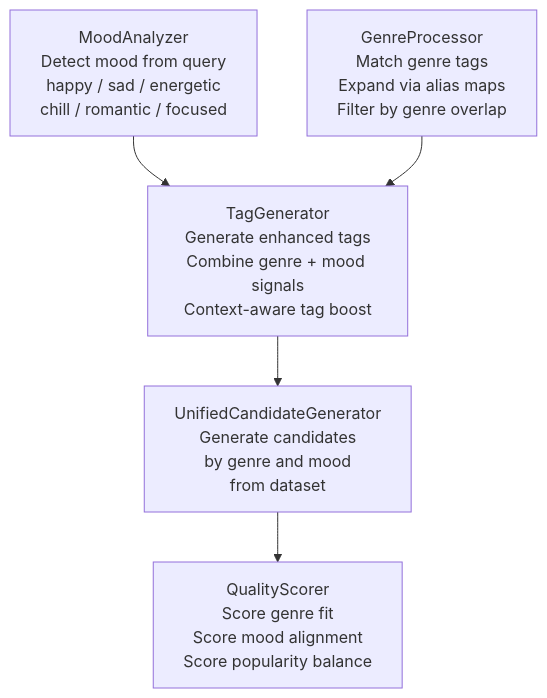
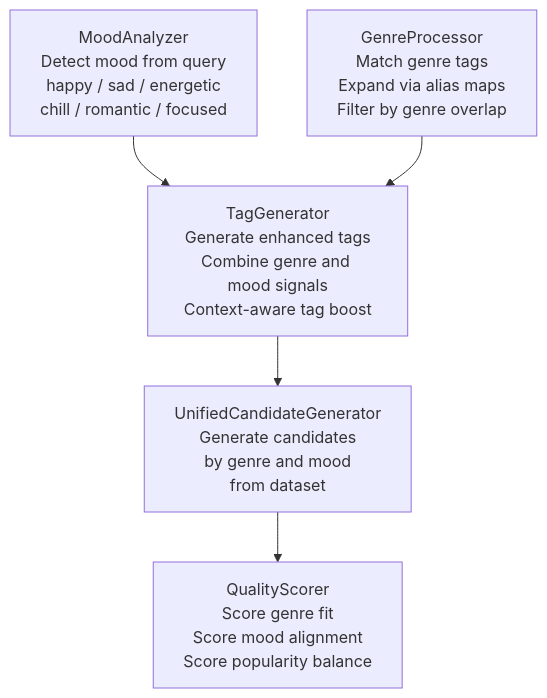
One commit to Ashutosh-177/ManTarang-AI-Powered-Music-Recommendation-System changed the fourth of 9 diagrams in README.md. Above: the diagram before and after it, drawn with Mermaid. The commit also changed other lines of this file, not shown here.

````diff
--- a/README.md
+++ b/README.md
@@ -139,12 +129,12 @@
 ```mermaid
 flowchart TD
     MA["MoodAnalyzer\nDetect mood from query\nhappy / sad / energetic\nchill / romantic / focused"]
     GP["GenreProcessor\nMatch genre tags\nExpand via alias maps\nFilter by genre overlap"]
-    TG["TagGenerator\nGenerate enhanced tags\nCombine genre + mood signals\nContext-aware tag boost"]
+    TG["TagGenerator\nGenerate enhanced tags\nCombine genre and mood signals\nContext-aware tag boost"]
     UCG["UnifiedCandidateGenerator\nGenerate candidates\nby genre and mood\nfrom dataset"]
     QS["QualityScorer\nScore genre fit\nScore mood alignment\nScore popularity balance"]
 
     MA --> TG
     GP --> TG
     TG --> UCG --> QS
 ```
````
